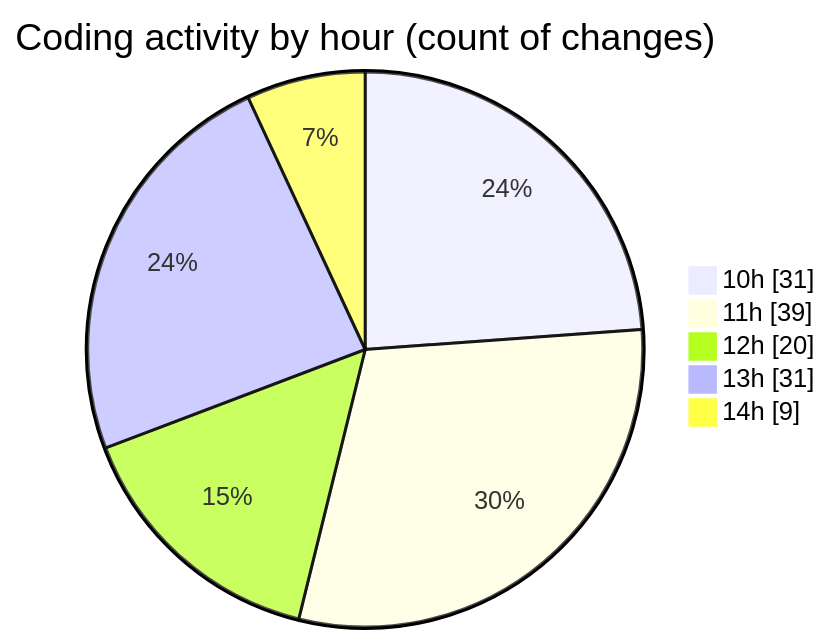
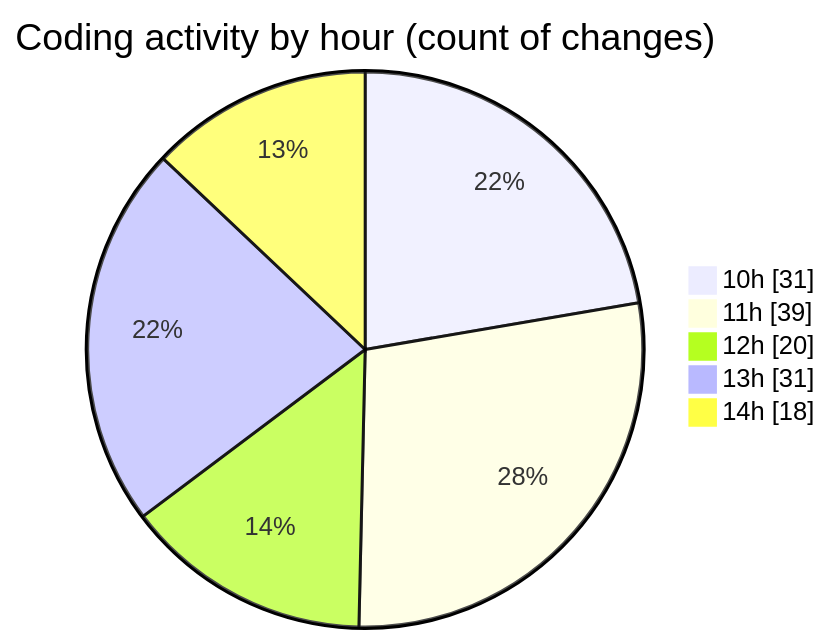
Before and after one commit to momahboobian/code-tracking: the second of 2 diagrams in 2026-03-25/cda/README.md, drawn with Mermaid. The commit also changed other lines of this file and 1 other file, not shown here.

````diff
--- a/2026-03-25/cda/README.md
+++ b/2026-03-25/cda/README.md
@@ -34,9 +34,9 @@
 ```mermaid
 pie showData
 title Coding activity by hour (count of changes)
 "10h" : 31
 "11h" : 39
 "12h" : 20
 "13h" : 31
-"14h" : 9
+"14h" : 18
 ```
````
